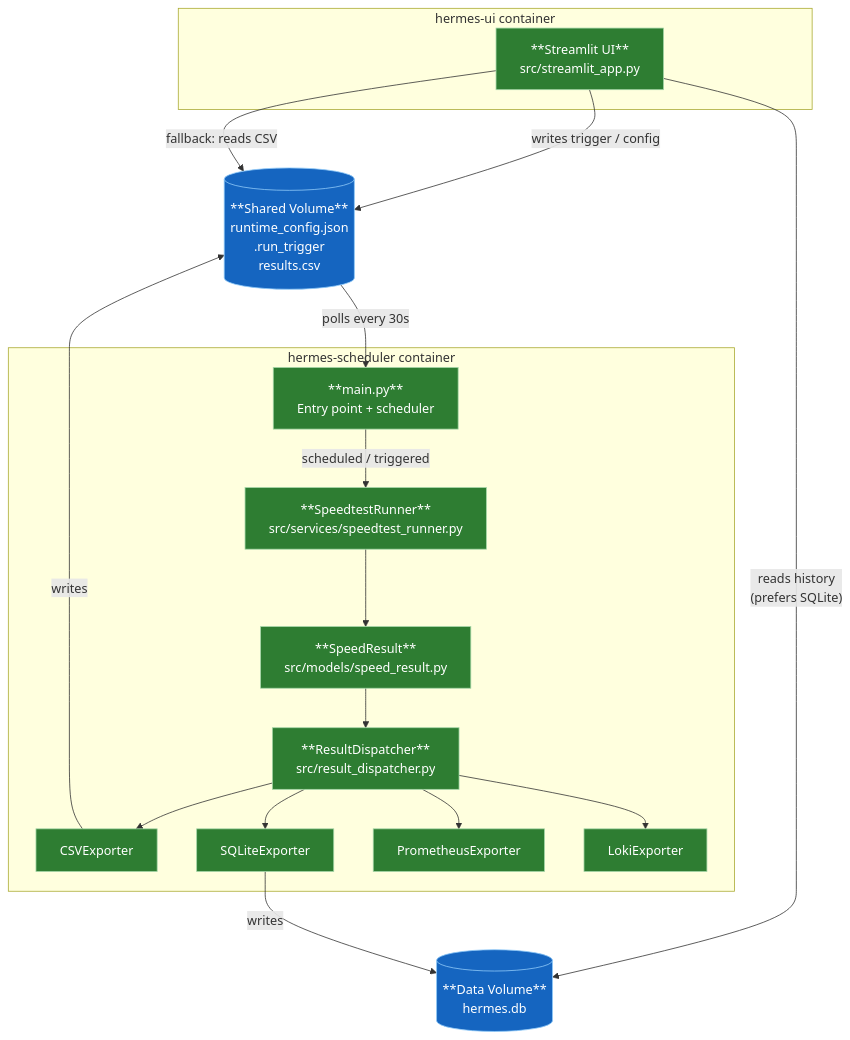
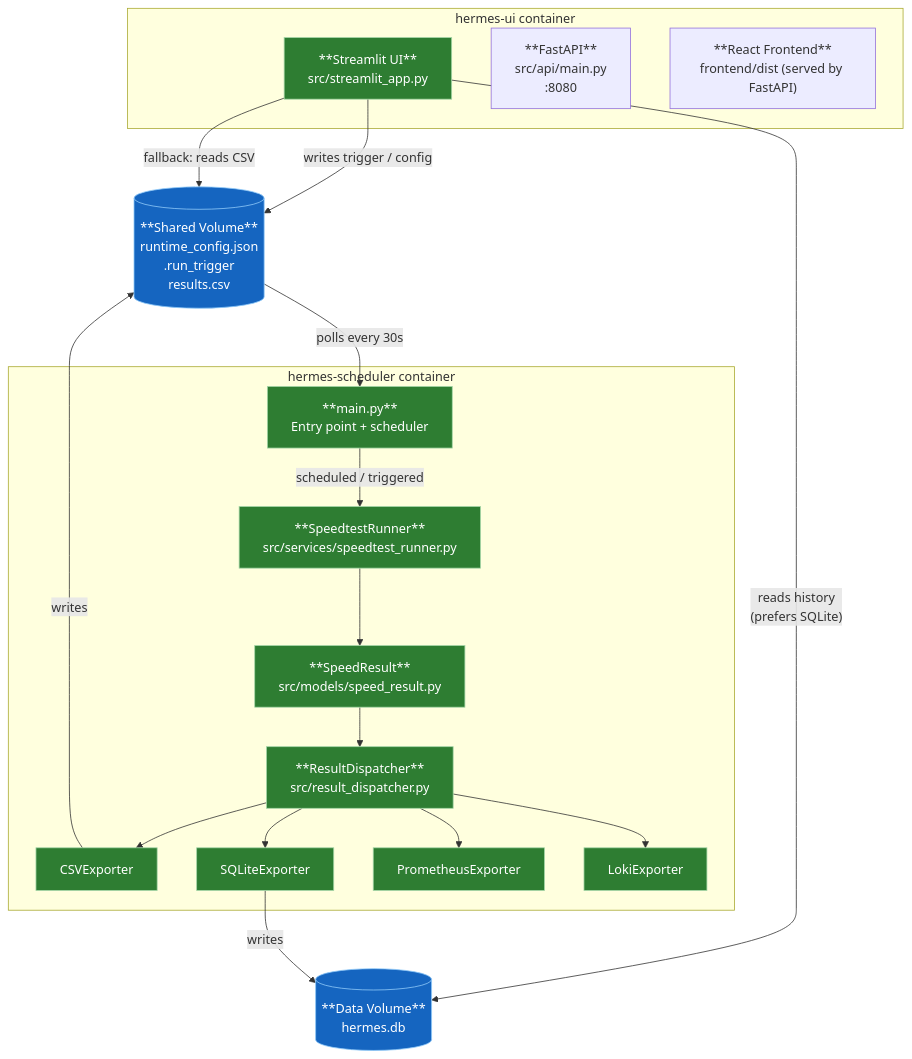
One commit to fabell4/Hermes changed the first of 2 diagrams in README.md. Above: the diagram before and after it, drawn with Mermaid. The commit also changed other lines of this file and 12 other files, not shown here.

````diff
--- a/README.md
+++ b/README.md
@@ -10,46 +10,48 @@
 ```mermaid
 flowchart TD
     subgraph UI_CONTAINER["hermes-ui container"]
         UI["**Streamlit UI**\nsrc/streamlit_app.py"]
+        API["**FastAPI**\nsrc/api/main.py\n:8080"]
+        REACT["**React Frontend**\nfrontend/dist (served by FastAPI)"]
     end
 
     subgraph SCHED_CONTAINER["hermes-scheduler container"]
         MAIN["**main.py**\nEntry point + scheduler"]
         RUNNER["**SpeedtestRunner**\nsrc/services/speedtest_runner.py"]
         MODEL["**SpeedResult**\nsrc/models/speed_result.py"]
         DISP["**ResultDispatcher**\nsrc/result_dispatcher.py"]
         CSV["CSVExporter"]
         SQLITE["SQLiteExporter"]
         PROM["PrometheusExporter"]
         LOKI["LokiExporter"]
     end
 
     SHARED_VOL[("**Shared Volume**\nruntime_config.json\n.run_trigger\nresults.csv")]
     DATA_VOL[("**Data Volume**\nhermes.db")]
 
     UI -- "writes trigger / config" --> SHARED_VOL
     SHARED_VOL -- "polls every 30s" --> MAIN
     UI -- "reads history\n(prefers SQLite)" --> DATA_VOL
     UI -- "fallback: reads CSV" --> SHARED_VOL
     MAIN -- "scheduled / triggered" --> RUNNER
     RUNNER --> MODEL
     MODEL --> DISP
     DISP --> CSV
     DISP --> SQLITE
     DISP --> PROM
     DISP --> LOKI
     CSV -- "writes" --> SHARED_VOL
     SQLITE -- "writes" --> DATA_VOL
 
     style UI fill:#2e7d32,stroke:#a5d6a7,color:#ffffff
     style MAIN fill:#2e7d32,stroke:#a5d6a7,color:#ffffff
     style RUNNER fill:#2e7d32,stroke:#a5d6a7,color:#ffffff
     style MODEL fill:#2e7d32,stroke:#a5d6a7,color:#ffffff
     style DISP fill:#2e7d32,stroke:#a5d6a7,color:#ffffff
     style CSV fill:#2e7d32,stroke:#a5d6a7,color:#ffffff
     style SQLITE fill:#2e7d32,stroke:#a5d6a7,color:#ffffff
     style PROM fill:#2e7d32,stroke:#a5d6a7,color:#ffffff
     style LOKI fill:#2e7d32,stroke:#a5d6a7,color:#ffffff
     style SHARED_VOL fill:#1565c0,stroke:#90caf9,color:#ffffff
     style DATA_VOL fill:#1565c0,stroke:#90caf9,color:#ffffff
 ```
````
